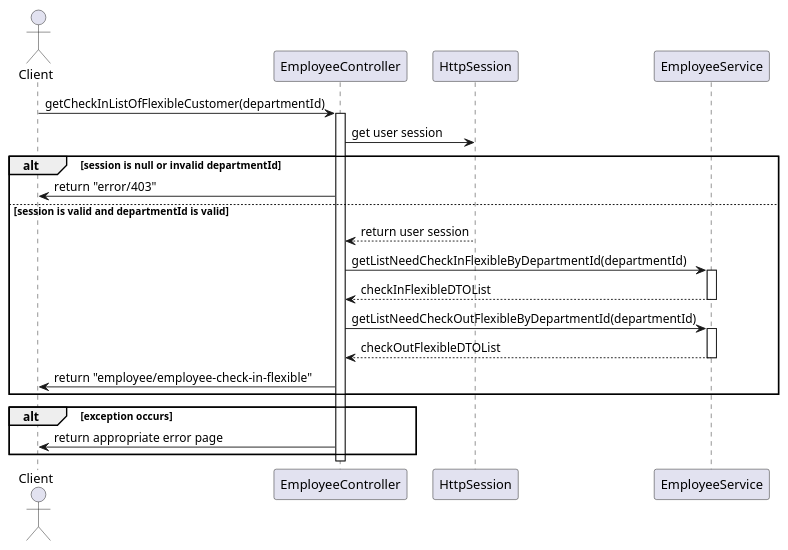
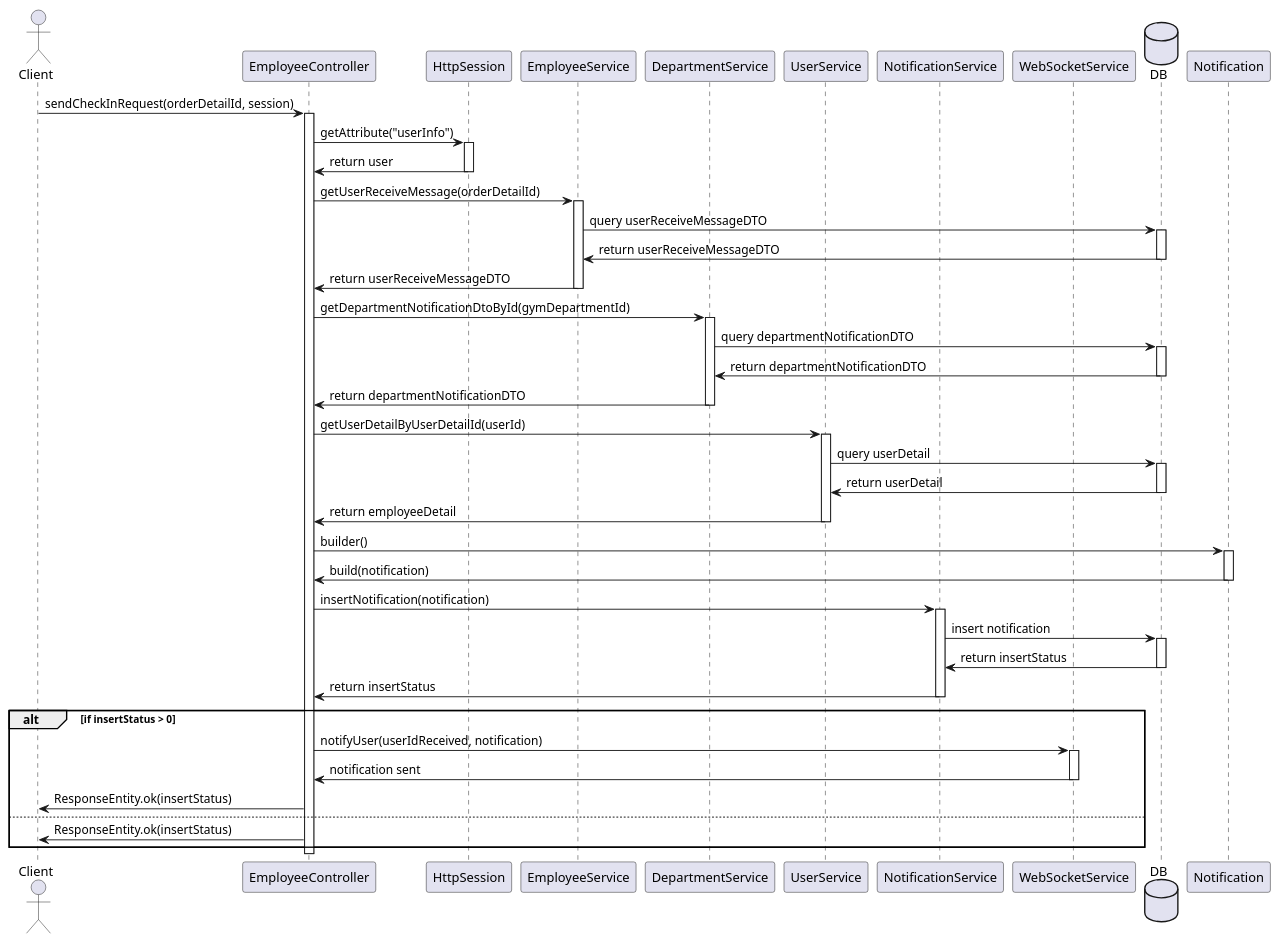
One commit to Trungkeeper1412/FitPass changed the diagram in puml/whiteboard.puml. Above: the diagram before and after it, drawn with PlantUML. The commit also changed 3 other files, not shown here.

```diff
--- a/puml/whiteboard.puml
+++ b/puml/whiteboard.puml
@@ -1,33 +1,72 @@
 @startuml
 actor Client
 participant EmployeeController
-participant HttpSession
+participant HttpSession as Session
 participant EmployeeService
+participant DepartmentService
+participant UserService
+participant NotificationService
+participant WebSocketService
+database DB
 
-Client -> EmployeeController : getCheckInListOfFlexibleCustomer(departmentId)
+Client -> EmployeeController : sendCheckInRequest(orderDetailId, session)
 activate EmployeeController
 
-EmployeeController -> HttpSession: get user session
-alt session is null or invalid departmentId
-    EmployeeController -> Client: return "error/403"
-else session is valid and departmentId is valid
-    HttpSession --> EmployeeController : return user session
-    EmployeeController -> EmployeeService: getListNeedCheckInFlexibleByDepartmentId(departmentId)
-    activate EmployeeService
-    EmployeeService --> EmployeeController: checkInFlexibleDTOList
-    deactivate EmployeeService
+EmployeeController -> Session : getAttribute("userInfo")
+activate Session
+Session -> EmployeeController : return user
+deactivate Session
 
-    EmployeeController -> EmployeeService: getListNeedCheckOutFlexibleByDepartmentId(departmentId)
-    activate EmployeeService
-    EmployeeService --> EmployeeController: checkOutFlexibleDTOList
-    deactivate EmployeeService
+EmployeeController -> EmployeeService : getUserReceiveMessage(orderDetailId)
+activate EmployeeService
+EmployeeService -> DB : query userReceiveMessageDTO
+activate DB
+DB -> EmployeeService : return userReceiveMessageDTO
+deactivate DB
+EmployeeService -> EmployeeController : return userReceiveMessageDTO
+deactivate EmployeeService
 
-    EmployeeController -> Client: return "employee/employee-check-in-flexible"
-end
+EmployeeController -> DepartmentService : getDepartmentNotificationDtoById(gymDepartmentId)
+activate DepartmentService
+DepartmentService -> DB : query departmentNotificationDTO
+activate DB
+DB -> DepartmentService : return departmentNotificationDTO
+deactivate DB
+DepartmentService -> EmployeeController : return departmentNotificationDTO
+deactivate DepartmentService
 
-alt exception occurs
-    EmployeeController -> Client: return appropriate error page
+EmployeeController -> UserService : getUserDetailByUserDetailId(userId)
+activate UserService
+UserService -> DB : query userDetail
+activate DB
+DB -> UserService : return userDetail
+deactivate DB
+UserService -> EmployeeController : return employeeDetail
+deactivate UserService
+
+EmployeeController -> Notification : builder()
+activate Notification
+Notification -> EmployeeController : build(notification)
+deactivate Notification
+
+EmployeeController -> NotificationService : insertNotification(notification)
+activate NotificationService
+NotificationService -> DB : insert notification
+activate DB
+DB -> NotificationService : return insertStatus
+deactivate DB
+NotificationService -> EmployeeController : return insertStatus
+deactivate NotificationService
+
+alt if insertStatus > 0
+    EmployeeController -> WebSocketService : notifyUser(userIdReceived, notification)
+    activate WebSocketService
+    WebSocketService -> EmployeeController : notification sent
+    deactivate WebSocketService
+    EmployeeController -> Client : ResponseEntity.ok(insertStatus)
+else
+    EmployeeController -> Client : ResponseEntity.ok(insertStatus)
 end
 
 deactivate EmployeeController
 @enduml
```
